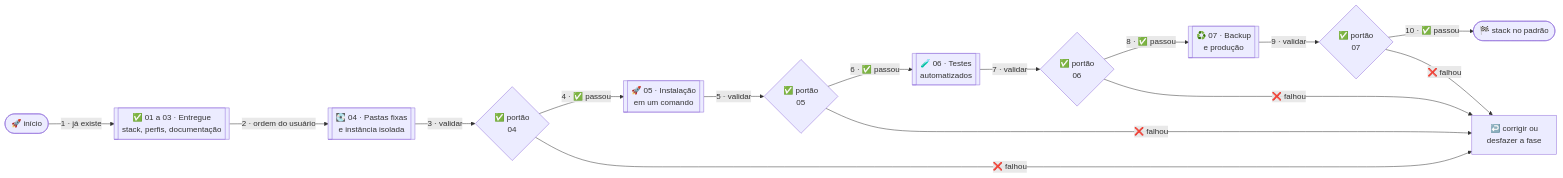
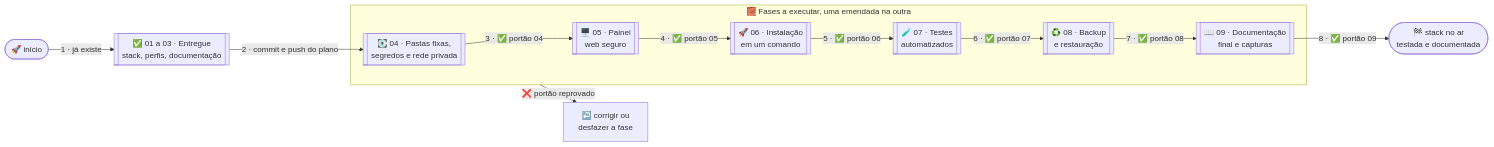
Before and after one commit to CarlosSuporteISP/allsafe-ftp-stack: the diagram in doc/planos/diagramas/plano-geral-mapa.mmd, drawn with Mermaid. The commit also changed 73 other files, not shown here.

First line of the commit message:
docs: refaz a documentação e o plano com painel web, pastas fixas e rede privada

```diff
--- a/doc/planos/diagramas/plano-geral-mapa.mmd
+++ b/doc/planos/diagramas/plano-geral-mapa.mmd
@@ -1,28 +1,23 @@
 flowchart LR
     inicio@{ shape: stadium, label: "🚀 início" }
     feito@{ shape: subproc, label: "✅ 01 a 03 · Entregue<br>stack, perfis, documentação" }
-    f4@{ shape: subproc, label: "💽 04 · Pastas fixas<br>e instância isolada" }
-    p4@{ shape: diam, label: "✅ portão<br>04" }
-    f5@{ shape: subproc, label: "🚀 05 · Instalação<br>em um comando" }
-    p5@{ shape: diam, label: "✅ portão<br>05" }
-    f6@{ shape: subproc, label: "🧪 06 · Testes<br>automatizados" }
-    p6@{ shape: diam, label: "✅ portão<br>06" }
-    f7@{ shape: subproc, label: "♻️ 07 · Backup<br>e produção" }
-    p7@{ shape: diam, label: "✅ portão<br>07" }
-    fim@{ shape: stadium, label: "🏁 stack no padrão" }
+    subgraph EXEC["🧱 Fases a executar, uma emendada na outra"]
+        f4@{ shape: subproc, label: "💽 04 · Pastas fixas,<br>segredos e rede privada" }
+        f5@{ shape: subproc, label: "🖥️ 05 · Painel<br>web seguro" }
+        f6@{ shape: subproc, label: "🚀 06 · Instalação<br>em um comando" }
+        f7@{ shape: subproc, label: "🧪 07 · Testes<br>automatizados" }
+        f8@{ shape: subproc, label: "♻️ 08 · Backup<br>e restauração" }
+        f9@{ shape: subproc, label: "📖 09 · Documentação<br>final e capturas" }
+    end
+    fim@{ shape: stadium, label: "🏁 stack no ar<br>testada e documentada" }
     volta@{ shape: rect, label: "↩️ corrigir ou<br>desfazer a fase" }
 
     inicio -- "1 · já existe" --> feito
-    feito -- "2 · ordem do usuário" --> f4
-    f4 -- "3 · validar" --> p4
-    p4 -- "4 · ✅ passou" --> f5
-    f5 -- "5 · validar" --> p5
-    p5 -- "6 · ✅ passou" --> f6
-    f6 -- "7 · validar" --> p6
-    p6 -- "8 · ✅ passou" --> f7
-    f7 -- "9 · validar" --> p7
-    p7 -- "10 · ✅ passou" --> fim
-    p4 -- "❌ falhou" --> volta
-    p5 -- "❌ falhou" --> volta
-    p6 -- "❌ falhou" --> volta
-    p7 -- "❌ falhou" --> volta
+    feito -- "2 · commit e push do plano" --> f4
+    f4 -- "3 · ✅ portão 04" --> f5
+    f5 -- "4 · ✅ portão 05" --> f6
+    f6 -- "5 · ✅ portão 06" --> f7
+    f7 -- "6 · ✅ portão 07" --> f8
+    f8 -- "7 · ✅ portão 08" --> f9
+    f9 -- "8 · ✅ portão 09" --> fim
+    EXEC -- "❌ portão reprovado" --> volta
```
